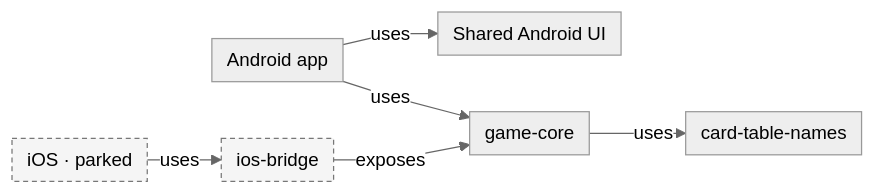
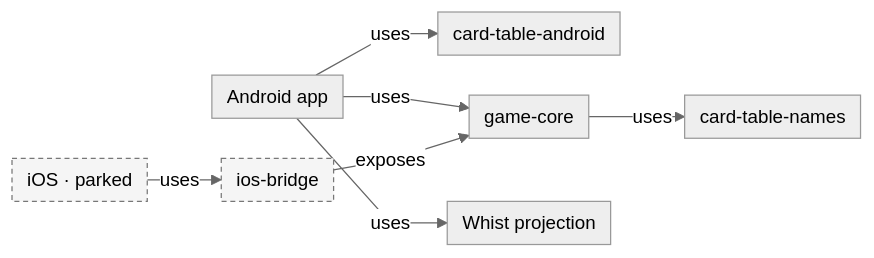
Before and after one commit to crististefanita/whist: the second of 4 diagrams in README.md, drawn with Mermaid. The commit also changed other lines of this file and 168 other files, not shown here.

Commit message:
Separate portable presentation and bound auditable sanity flows

````diff
--- a/README.md
+++ b/README.md
@@ -52,17 +54,19 @@
 ```mermaid
 %%{init: {"theme":"neutral","themeVariables":{"fontSize":"15px"},"themeCSS":".edgeLabel, .edgeLabel p { font-size: 12px !important; } .node rect { rx: 6px; ry: 6px; }","flowchart":{"curve":"linear","nodeSpacing":24,"rankSpacing":20,"padding":6},"sequence":{"mirrorActors":false,"messageMargin":24}}}%%
 flowchart LR
     app["Android app"]
-    atf_card_table_ui["Shared Android UI"]
+    card_table_android["card-table-android"]
     ios["iOS · parked"]
     ios_bridge["ios-bridge"]
     game_core["game-core"]
+    whist_presentation["Whist projection"]
     card_table_names["card-table-names"]
-    app -->|uses| atf_card_table_ui
+    app -->|uses| card_table_android
     app -->|uses| game_core
+    app -->|uses| whist_presentation
     ios -->|uses| ios_bridge
     ios_bridge -->|exposes| game_core
     game_core -->|uses| card_table_names
     classDef parked fill:#f5f5f5,stroke:#777,stroke-dasharray:4 3
     class ios,ios_bridge parked
 ```
````
